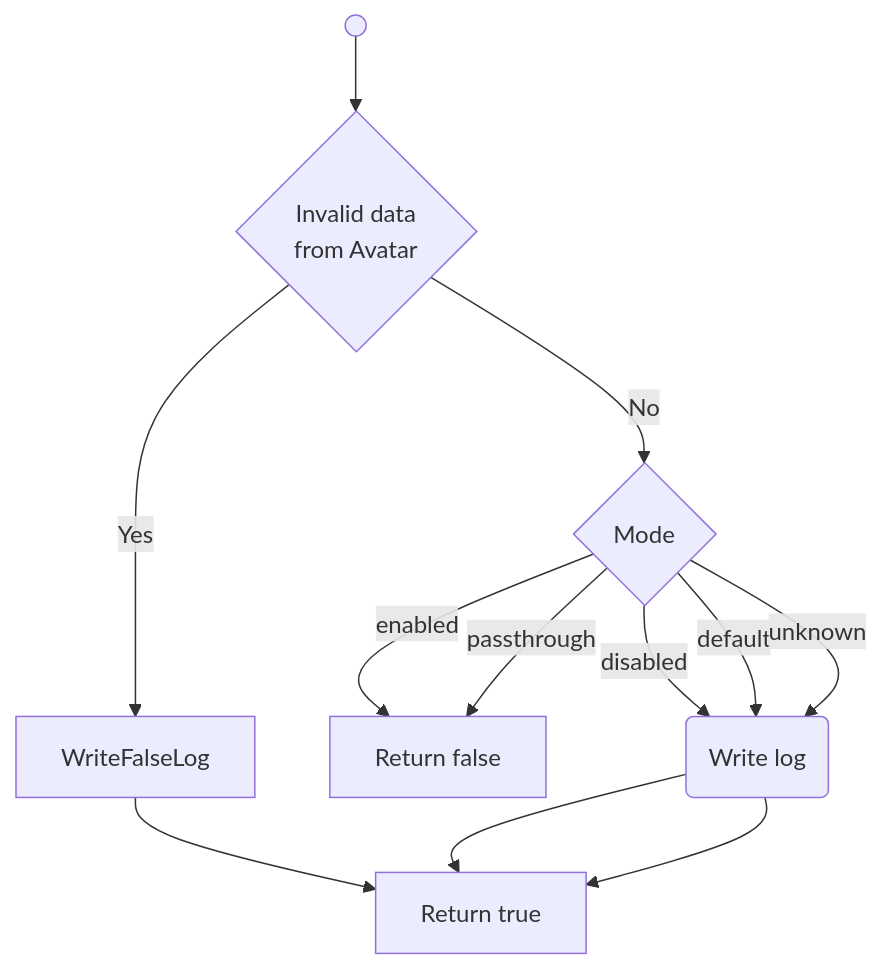
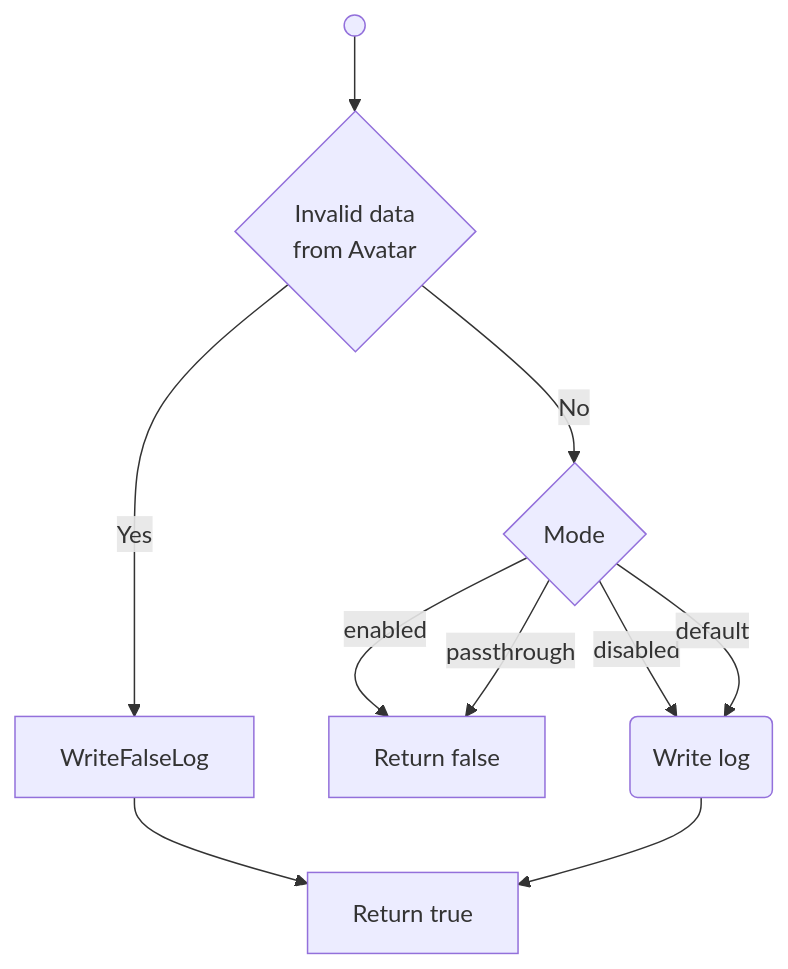
One commit to spectrum-health-systems/tingen-documentation changed the second of 2 diagrams in static/diagrams/TingenWebService.md. Above: the diagram before and after it, drawn with Mermaid.

````diff
--- a/static/diagrams/TingenWebService.md
+++ b/static/diagrams/TingenWebService.md
@@ -62,22 +62,19 @@
 ```mermaid
 flowchart TD
     %% Content
     Start@{shape: sm-circ, label: ""}
     InvalidAvatarData@{shape: diam, label: "Invalid data\nfrom Avatar"}
     WriteTrueLog@{shape: rounded, label: "Write log"}
+    Mode@{shape: diam, label: "Mode"}
     ReturnTrue@{shape: rect, label: "Return true"}
-    InvalidAvatarData
-    Mode@{shape: diam, label: "Mode"}
     ReturnFalse@{shape: rect, label: "Return false"}
     %% Layout
     Start --> InvalidAvatarData
     InvalidAvatarData -- Yes --> WriteFalseLog --> ReturnTrue
     InvalidAvatarData -- No --> Mode
     Mode -- enabled --> ReturnFalse
     Mode -- passthrough --> ReturnFalse
     Mode -- disabled --> WriteTrueLog
-    WriteTrueLog --> ReturnTrue
     Mode -- default --> WriteTrueLog
-    Mode -- unknown --> WriteTrueLog
     WriteTrueLog --> ReturnTrue
 ```
````
